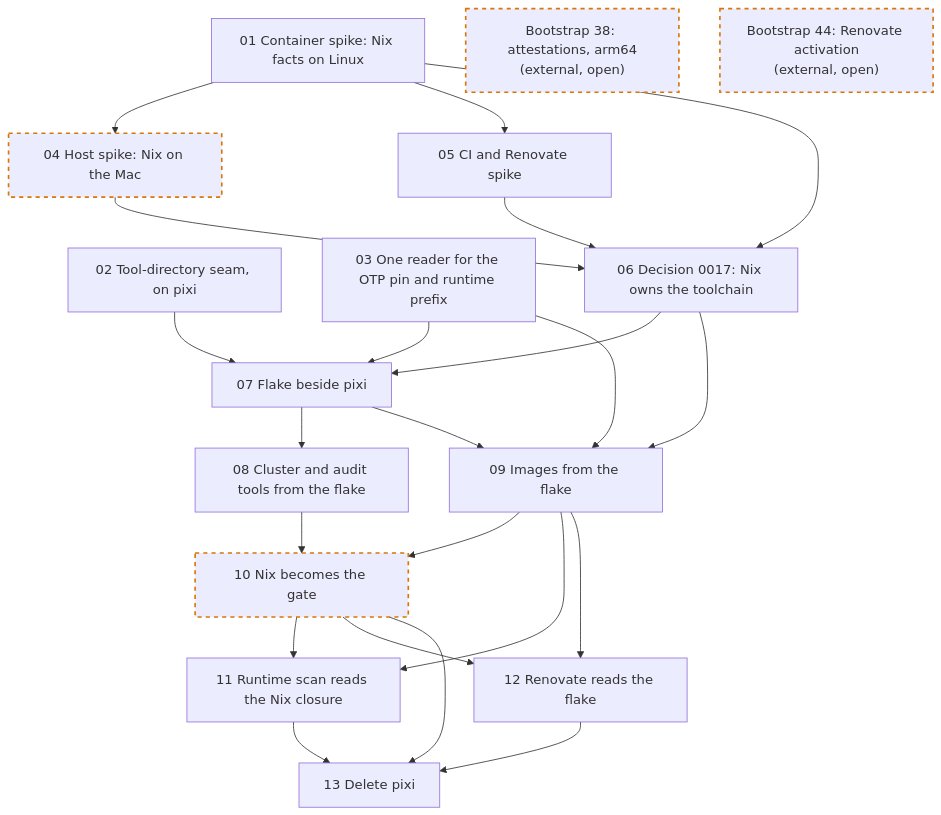
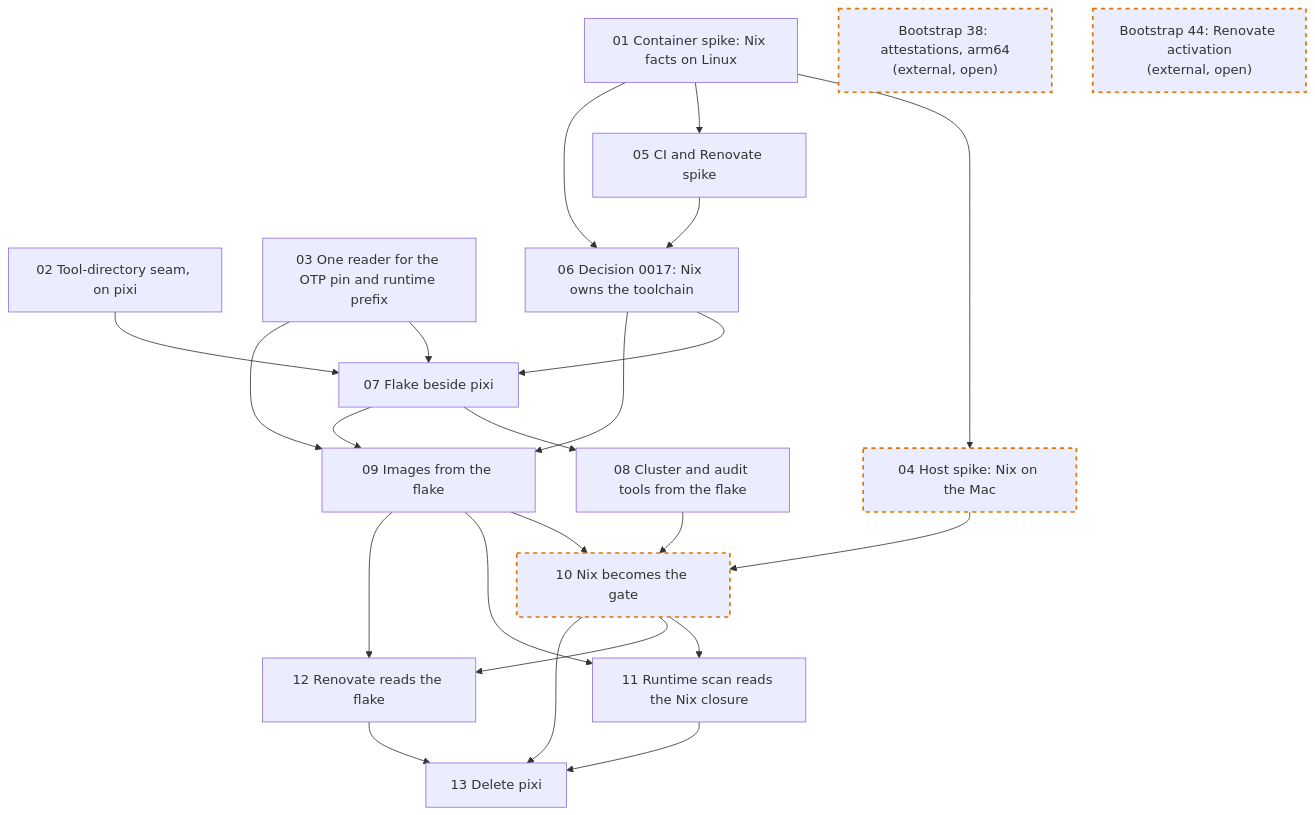
One commit to BiscuitBin/knarr changed the diagram in .scratch/nix-migration/README.md. Above: the diagram before and after it, drawn with Mermaid. The commit also changed other lines of this file and 5 other files, not shown here.

````diff
--- a/.scratch/nix-migration/README.md
+++ b/.scratch/nix-migration/README.md
@@ -17,42 +17,42 @@
 ```mermaid
 flowchart TD
     N01["01 Container spike: Nix facts on Linux"]
     N02["02 Tool-directory seam, on pixi"]
     N03["03 One reader for the OTP pin and runtime prefix"]
     N04["04 Host spike: Nix on the Mac"]:::human
     N05["05 CI and Renovate spike"]
     N06["06 Decision 0017: Nix owns the toolchain"]
     N07["07 Flake beside pixi"]
     N08["08 Cluster and audit tools from the flake"]
     N09["09 Images from the flake"]
     N10["10 Nix becomes the gate"]:::human
     N11["11 Runtime scan reads the Nix closure"]
     N12["12 Renovate reads the flake"]
     N13["13 Delete pixi"]
     B38["Bootstrap 38: attestations, arm64<br/>(external, open)"]:::human
     B44["Bootstrap 44: Renovate activation<br/>(external, open)"]:::human
 
     N01 --> N04
     N01 --> N05
     N01 --> N06
-    N04 --> N06
     N05 --> N06
     N02 --> N07
     N03 --> N07
     N06 --> N07
     N07 --> N08
     N03 --> N09
     N06 --> N09
     N07 --> N09
+    N04 --> N10
     N08 --> N10
     N09 --> N10
     N09 --> N11
     N10 --> N11
     N09 --> N12
     N10 --> N12
     N10 --> N13
     N11 --> N13
     N12 --> N13
 
     classDef human stroke:#d97706,stroke-width:2px,stroke-dasharray:5 5
 ```
````
